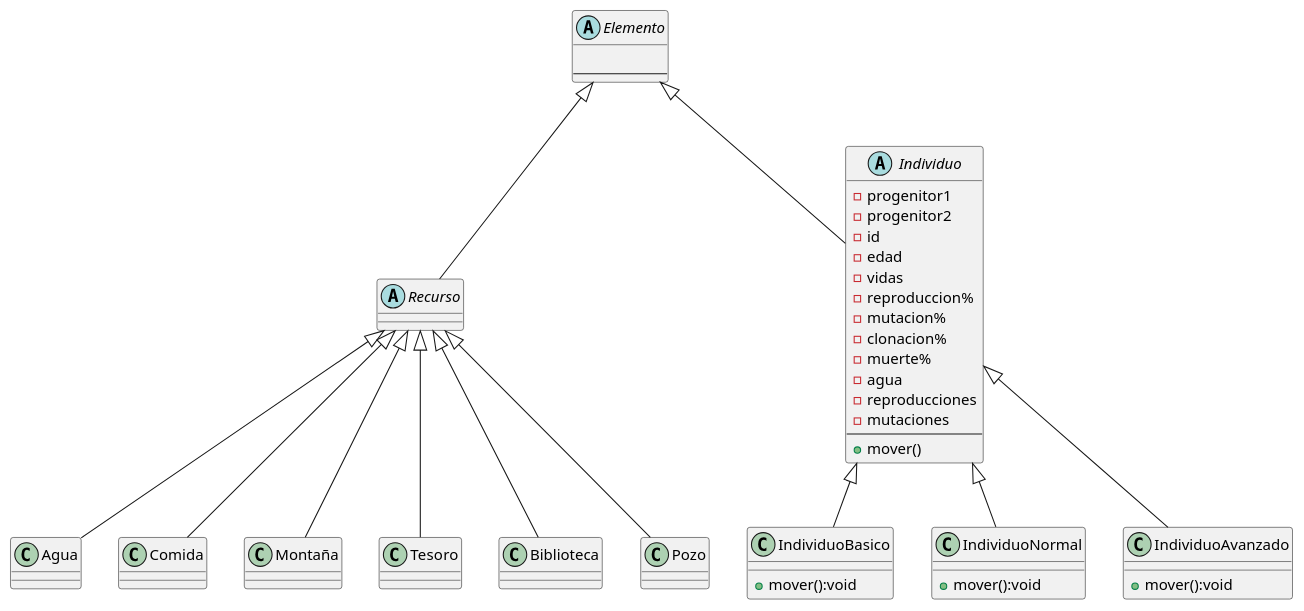
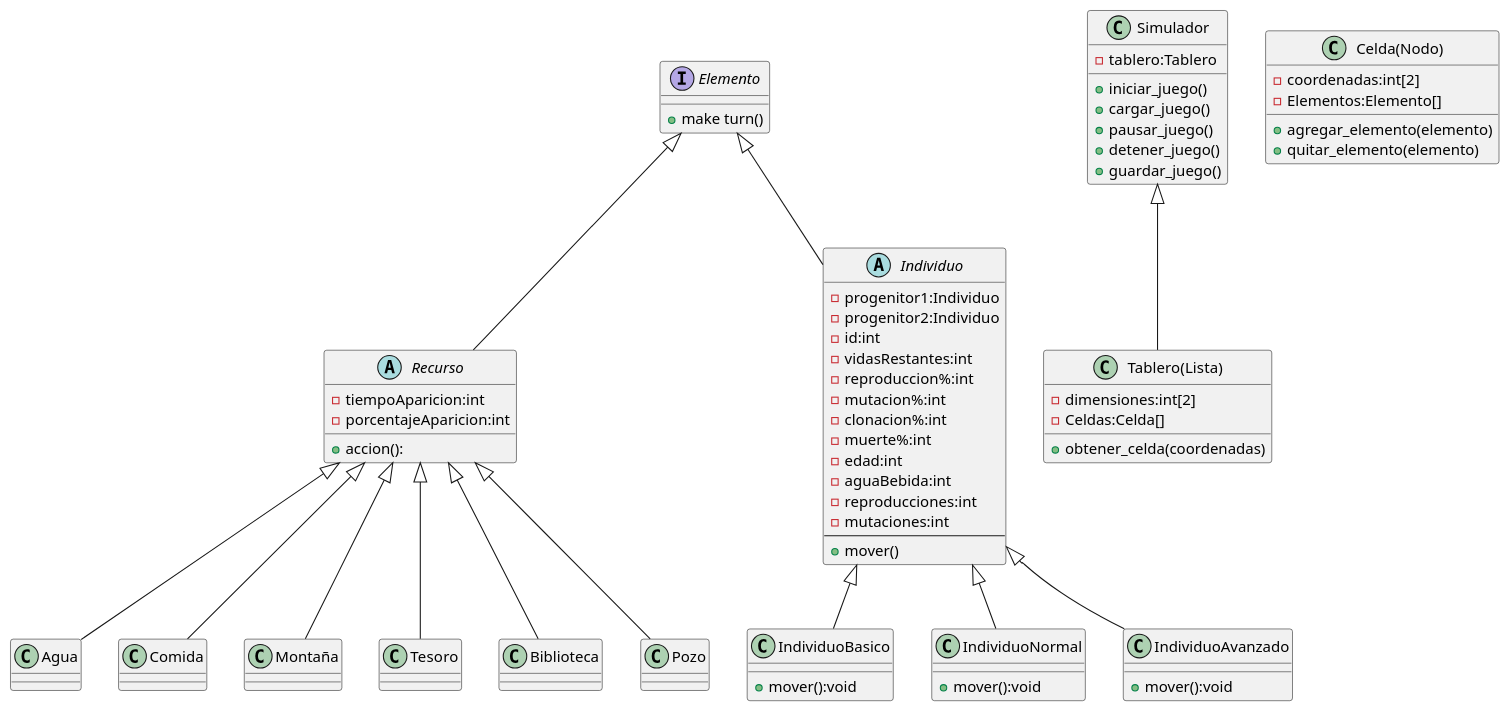
Before and after one commit to Amiralles11/JuegoDeLaVida-Conway-: the diagram in JuegoDeLaVida1/UML/UML general.puml, drawn with PlantUML. The commit also changed 5 other files, not shown here.

Commit message:
Uml extendido. Clase tablero con sus sliders y valores

```diff
--- a/JuegoDeLaVida1/UML/UML general.puml
+++ b/JuegoDeLaVida1/UML/UML general.puml
@@ -1,50 +1,74 @@
 @startuml
 'https://plantuml.com/sequence-diagram
-abstract class Elemento {
-
-----
+Interface Elemento {
++make turn()
 }
 
 abstract class Recurso extends Elemento {
+-tiempoAparicion:int
+-porcentajeAparicion:int
++accion():
 }
 abstract class Individuo extends Elemento{
--progenitor1
--progenitor2
--id
--edad
--vidas
--reproduccion%
--mutacion%
--clonacion%
--muerte%
--agua
--reproducciones
--mutaciones
+-progenitor1:Individuo
+-progenitor2:Individuo
+-id:int
+-vidasRestantes:int
+-reproduccion%:int
+-mutacion%:int
+-clonacion%:int
+-muerte%:int
+-edad:int
+-aguaBebida:int
+-reproducciones:int
+-mutaciones:int
 ----
 +mover()
 }
 class IndividuoBasico extends Individuo{
 +mover():void
 }
 
 class IndividuoNormal extends Individuo{
 +mover():void
 }
 
 class IndividuoAvanzado extends Individuo{
 +mover():void
 }
 class Agua extends Recurso {
 }
 class Comida extends Recurso {
 }
 class Montaña extends Recurso {
 }
 class Tesoro extends Recurso {
 }
 class Biblioteca extends Recurso {
 }
 class Pozo extends Recurso {
 }
+class Simulador{
+-tablero:Tablero
++ iniciar_juego()
++ cargar_juego()
++ pausar_juego()
++ detener_juego()
++ guardar_juego()
+}
+
+class Tablero(Lista) extends Simulador{
+-dimensiones:int[2]
+-Celdas:Celda[]
+ + obtener_celda(coordenadas)
+}
+
+class Celda(Nodo){
+-coordenadas:int[2]
+-Elementos:Elemento[]
++ agregar_elemento(elemento)
++ quitar_elemento(elemento)
+
+}
 
 @enduml
```
